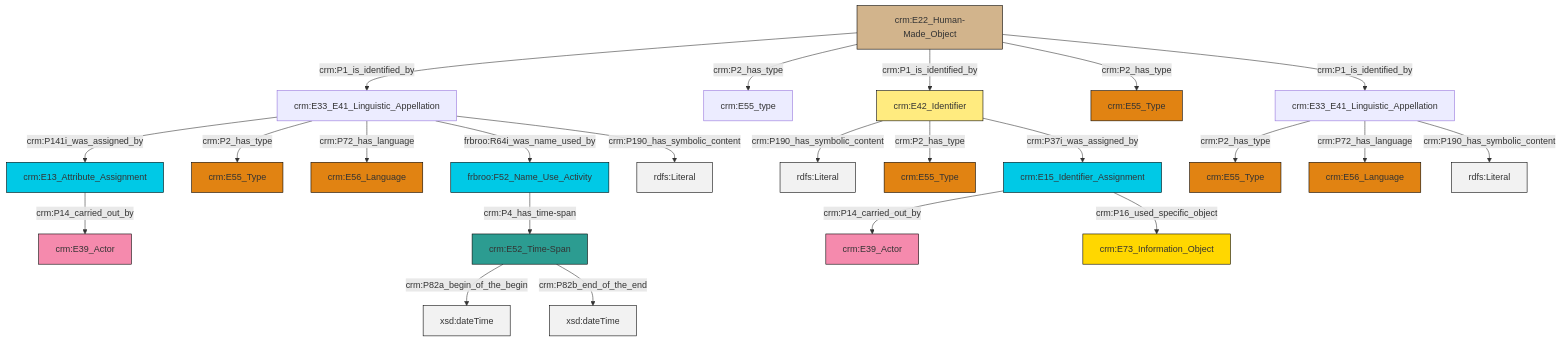
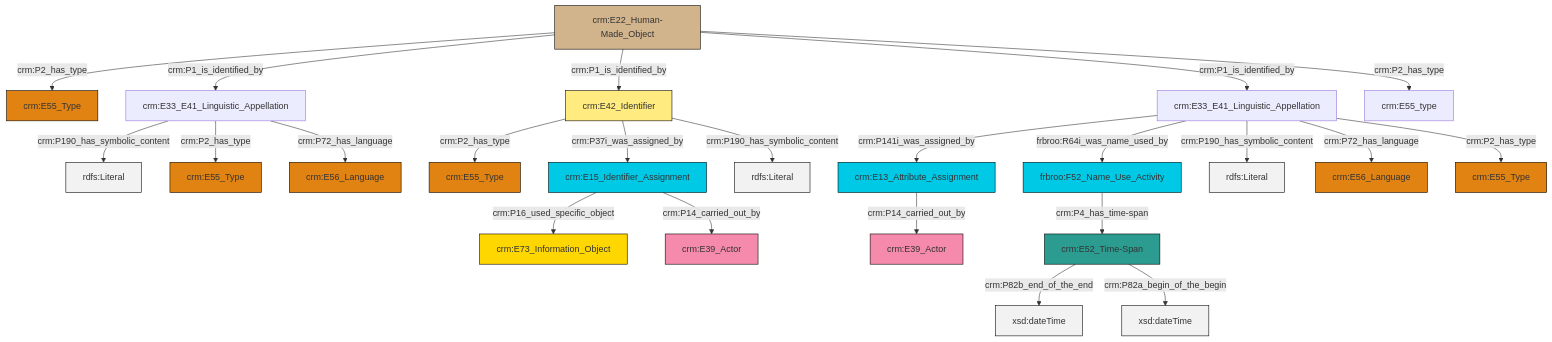
Before and after one commit to swiss-art-research-net/reference-data-models: the diagram in et/artworkCSV/ttl/mmd/Artwork_Name.ttl.mmd, drawn with Mermaid. The commit also changed 129 other files, not shown here.

```diff
--- a/et/artworkCSV/ttl/mmd/Artwork_Name.ttl.mmd
+++ b/et/artworkCSV/ttl/mmd/Artwork_Name.ttl.mmd
@@ -1,37 +1,37 @@
 graph TD
 classDef Literal fill:#f2f2f2,stroke:#000000;
 classDef CRM_Entity fill:#FFFFFF,stroke:#000000;
 classDef Temporal_Entity fill:#00C9E6, stroke:#000000;
 classDef Type fill:#E18312, stroke:#000000;
 classDef Time-Span fill:#2C9C91, stroke:#000000;
 classDef Appellation fill:#FFEB7F, stroke:#000000;
 classDef Place fill:#008836, stroke:#000000;
 classDef Persistent_Item fill:#B266B2, stroke:#000000;
 classDef Conceptual_Object fill:#FFD700, stroke:#000000;
 classDef Physical_Thing fill:#D2B48C, stroke:#000000;
 classDef Actor fill:#f58aad, stroke:#000000;
 classDef PC_Classes fill:#4ce600, stroke:#000000;
 classDef Multi fill:#cccccc,stroke:#000000;
 
-0["crm:E22_Human-Made_Object"]:::Physical_Thing -->|crm:P1_is_identified_by| 1["crm:E33_E41_Linguistic_Appellation"]:::Default
-1["crm:E33_E41_Linguistic_Appellation"]:::Default -->|crm:P141i_was_assigned_by| 2["crm:E13_Attribute_Assignment"]:::Temporal_Entity
-3["crm:E42_Identifier"]:::Appellation -->|crm:P190_has_symbolic_content| 4[rdfs:Literal]:::Literal
-0["crm:E22_Human-Made_Object"]:::Physical_Thing -->|crm:P2_has_type| 6["crm:E55_type"]:::Default
-3["crm:E42_Identifier"]:::Appellation -->|crm:P2_has_type| 7["crm:E55_Type"]:::Type
-1["crm:E33_E41_Linguistic_Appellation"]:::Default -->|crm:P2_has_type| 8["crm:E55_Type"]:::Type
-1["crm:E33_E41_Linguistic_Appellation"]:::Default -->|crm:P72_has_language| 9["crm:E56_Language"]:::Type
-10["crm:E52_Time-Span"]:::Time-Span -->|crm:P82a_begin_of_the_begin| 11[xsd:dateTime]:::Literal
-12["crm:E15_Identifier_Assignment"]:::Temporal_Entity -->|crm:P14_carried_out_by| 13["crm:E39_Actor"]:::Actor
-10["crm:E52_Time-Span"]:::Time-Span -->|crm:P82b_end_of_the_end| 14[xsd:dateTime]:::Literal
-15["crm:E33_E41_Linguistic_Appellation"]:::Default -->|crm:P2_has_type| 16["crm:E55_Type"]:::Type
-15["crm:E33_E41_Linguistic_Appellation"]:::Default -->|crm:P72_has_language| 17["crm:E56_Language"]:::Type
-0["crm:E22_Human-Made_Object"]:::Physical_Thing -->|crm:P1_is_identified_by| 3["crm:E42_Identifier"]:::Appellation
-2["crm:E13_Attribute_Assignment"]:::Temporal_Entity -->|crm:P14_carried_out_by| 20["crm:E39_Actor"]:::Actor
-1["crm:E33_E41_Linguistic_Appellation"]:::Default -->|frbroo:R64i_was_name_used_by| 18["frbroo:F52_Name_Use_Activity"]:::Temporal_Entity
-18["frbroo:F52_Name_Use_Activity"]:::Temporal_Entity -->|crm:P4_has_time-span| 10["crm:E52_Time-Span"]:::Time-Span
-0["crm:E22_Human-Made_Object"]:::Physical_Thing -->|crm:P2_has_type| 24["crm:E55_Type"]:::Type
-12["crm:E15_Identifier_Assignment"]:::Temporal_Entity -->|crm:P16_used_specific_object| 25["crm:E73_Information_Object"]:::Conceptual_Object
-1["crm:E33_E41_Linguistic_Appellation"]:::Default -->|crm:P190_has_symbolic_content| 30[rdfs:Literal]:::Literal
-15["crm:E33_E41_Linguistic_Appellation"]:::Default -->|crm:P190_has_symbolic_content| 32[rdfs:Literal]:::Literal
-0["crm:E22_Human-Made_Object"]:::Physical_Thing -->|crm:P1_is_identified_by| 15["crm:E33_E41_Linguistic_Appellation"]:::Default
-3["crm:E42_Identifier"]:::Appellation -->|crm:P37i_was_assigned_by| 12["crm:E15_Identifier_Assignment"]:::Temporal_Entity
+8["crm:E33_E41_Linguistic_Appellation"]:::Default -->|crm:P190_has_symbolic_content| 9[rdfs:Literal]:::Literal
+14["crm:E22_Human-Made_Object"]:::Physical_Thing -->|crm:P2_has_type| 15["crm:E55_Type"]:::Type
+16["crm:E52_Time-Span"]:::Time-Span -->|crm:P82b_end_of_the_end| 17[xsd:dateTime]:::Literal
+20["crm:E15_Identifier_Assignment"]:::Temporal_Entity -->|crm:P16_used_specific_object| 6["crm:E73_Information_Object"]:::Conceptual_Object
+2["crm:E13_Attribute_Assignment"]:::Temporal_Entity -->|crm:P14_carried_out_by| 25["crm:E39_Actor"]:::Actor
+10["crm:E42_Identifier"]:::Appellation -->|crm:P2_has_type| 26["crm:E55_Type"]:::Type
+8["crm:E33_E41_Linguistic_Appellation"]:::Default -->|crm:P2_has_type| 21["crm:E55_Type"]:::Type
+28["crm:E33_E41_Linguistic_Appellation"]:::Default -->|crm:P141i_was_assigned_by| 2["crm:E13_Attribute_Assignment"]:::Temporal_Entity
+14["crm:E22_Human-Made_Object"]:::Physical_Thing -->|crm:P1_is_identified_by| 8["crm:E33_E41_Linguistic_Appellation"]:::Default
+14["crm:E22_Human-Made_Object"]:::Physical_Thing -->|crm:P1_is_identified_by| 10["crm:E42_Identifier"]:::Appellation
+10["crm:E42_Identifier"]:::Appellation -->|crm:P37i_was_assigned_by| 20["crm:E15_Identifier_Assignment"]:::Temporal_Entity
+14["crm:E22_Human-Made_Object"]:::Physical_Thing -->|crm:P1_is_identified_by| 28["crm:E33_E41_Linguistic_Appellation"]:::Default
+28["crm:E33_E41_Linguistic_Appellation"]:::Default -->|frbroo:R64i_was_name_used_by| 23["frbroo:F52_Name_Use_Activity"]:::Temporal_Entity
+28["crm:E33_E41_Linguistic_Appellation"]:::Default -->|crm:P190_has_symbolic_content| 33[rdfs:Literal]:::Literal
+8["crm:E33_E41_Linguistic_Appellation"]:::Default -->|crm:P72_has_language| 4["crm:E56_Language"]:::Type
+14["crm:E22_Human-Made_Object"]:::Physical_Thing -->|crm:P2_has_type| 0["crm:E55_type"]:::Default
+23["frbroo:F52_Name_Use_Activity"]:::Temporal_Entity -->|crm:P4_has_time-span| 16["crm:E52_Time-Span"]:::Time-Span
+16["crm:E52_Time-Span"]:::Time-Span -->|crm:P82a_begin_of_the_begin| 36[xsd:dateTime]:::Literal
+28["crm:E33_E41_Linguistic_Appellation"]:::Default -->|crm:P72_has_language| 18["crm:E56_Language"]:::Type
+20["crm:E15_Identifier_Assignment"]:::Temporal_Entity -->|crm:P14_carried_out_by| 12["crm:E39_Actor"]:::Actor
+28["crm:E33_E41_Linguistic_Appellation"]:::Default -->|crm:P2_has_type| 37["crm:E55_Type"]:::Type
+10["crm:E42_Identifier"]:::Appellation -->|crm:P190_has_symbolic_content| 41[rdfs:Literal]:::Literal
```
